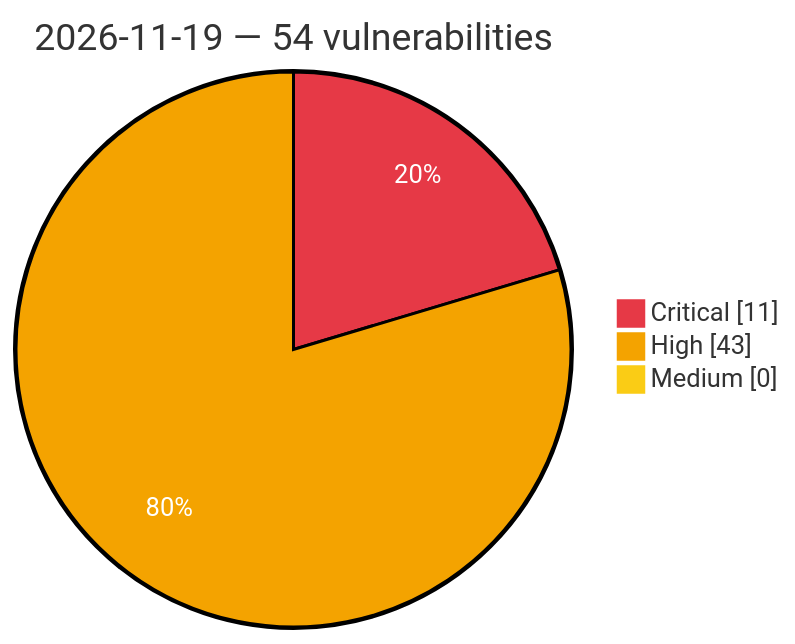
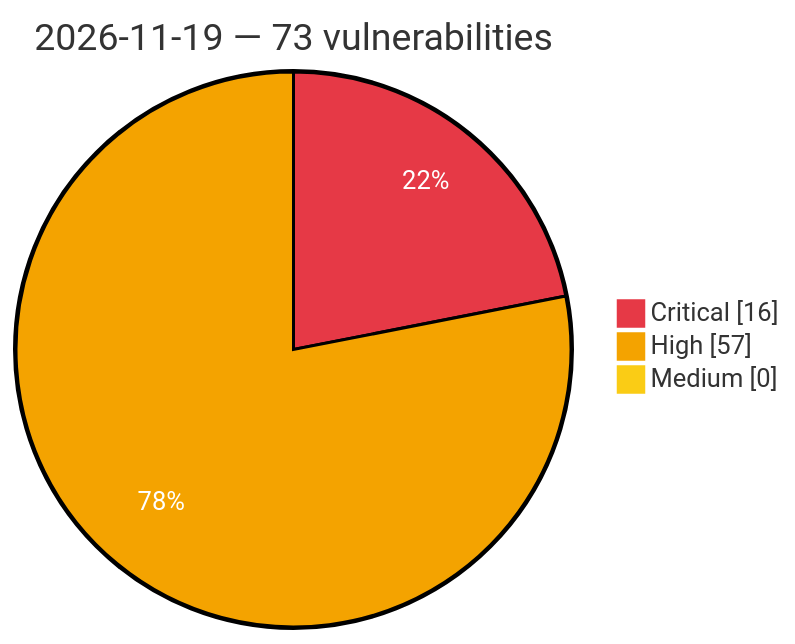
The diagram in vulnerabilities/2026/November/2026-11-19.md (GhostX0X/vuln-tracker), drawn with Mermaid before and after one commit. The commit also changed other lines of this file and 8 other files, not shown here.

Commit message:
Auto update: critical/high vulns (2026-11-20 02:36 UTC)

````diff
--- a/vulnerabilities/2026/November/2026-11-19.md
+++ b/vulnerabilities/2026/November/2026-11-19.md
@@ -3,8 +3,8 @@
 ```mermaid
 %%{init: {'theme':'base', 'themeVariables': {'pie1':'#e63946', 'pie2':'#f4a300', 'pie3':'#facc15', 'pieOpacity':'1', 'pieOuterStrokeWidth':'2px', 'pieSectionTextColor':'#ffffff'}}}%%
 pie showData
-    title 2026-11-19 — 54 vulnerabilities
-    "Critical" : 11
-    "High" : 43
+    title 2026-11-19 — 73 vulnerabilities
+    "Critical" : 16
+    "High" : 57
     "Medium" : 0
 ```
````
